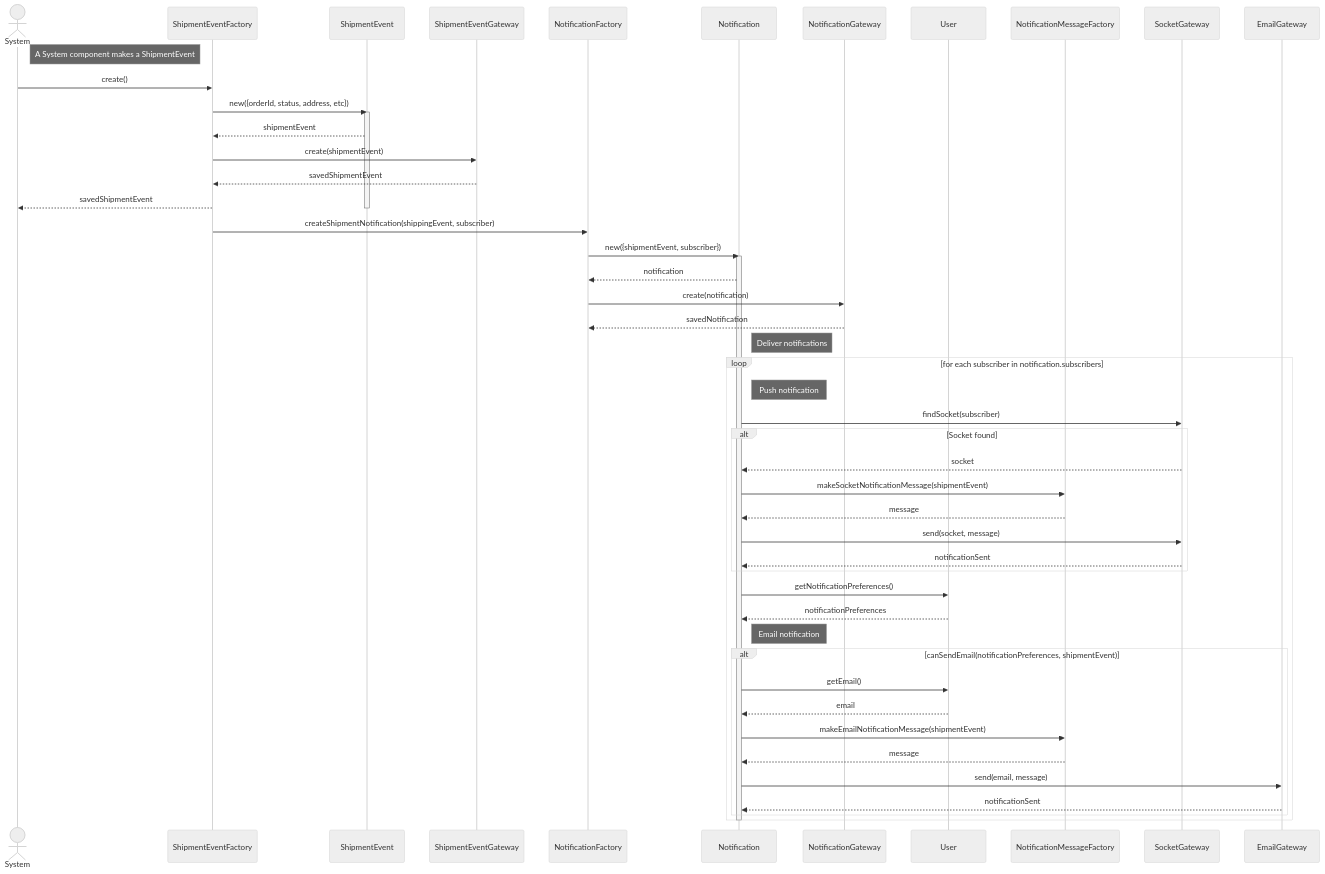
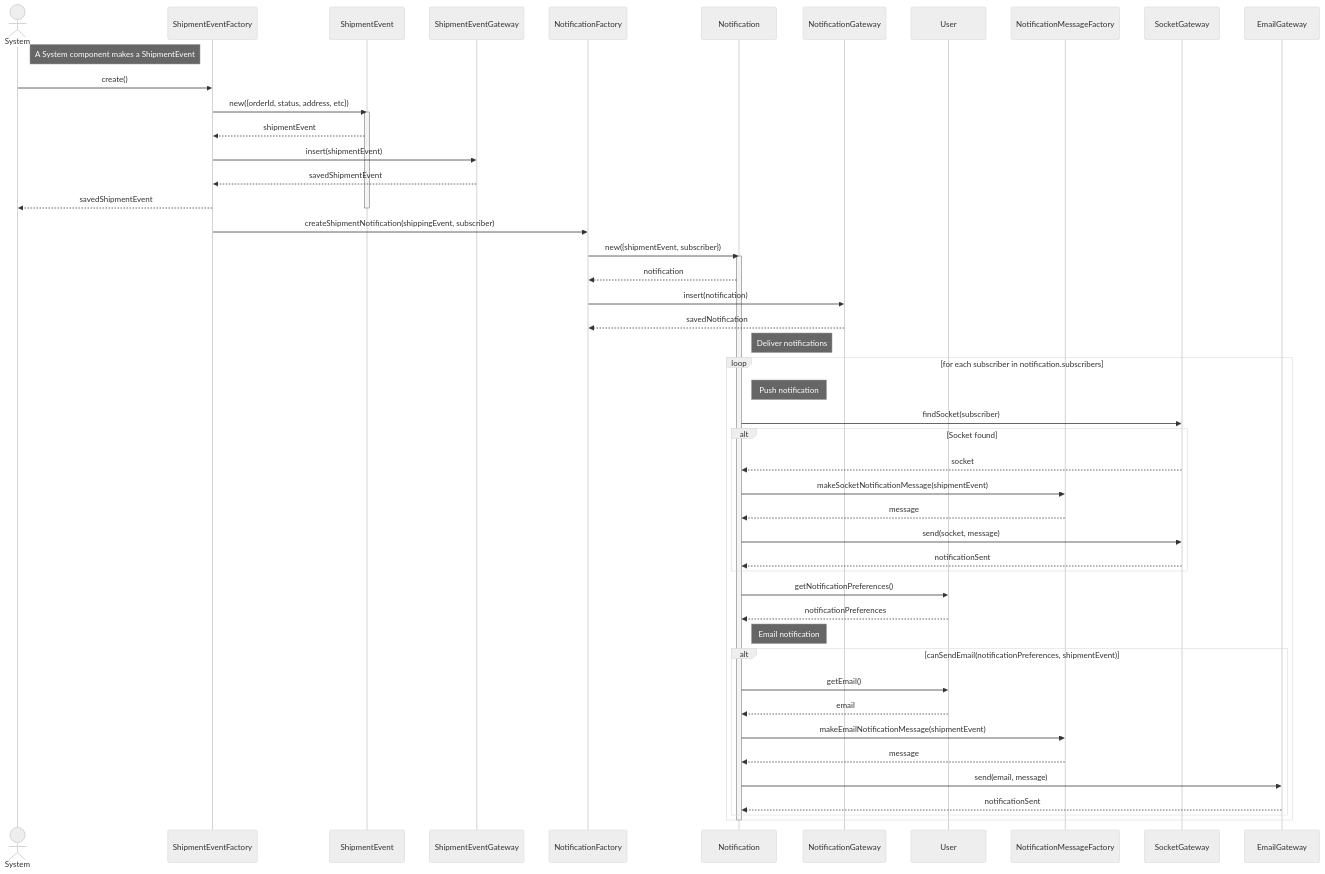
Before and after one commit to hivetown/planning: diagram 17 of 32 in sequence.md, drawn with Mermaid (neutral theme). The commit also changed other lines of this file, not shown here.

````diff
--- a/sequence.md
+++ b/sequence.md
@@ -626,67 +647,68 @@
 ```mermaid
 sequenceDiagram
     actor S as System
     participant SEF as ShipmentEventFactory
     participant SE as ShipmentEvent
     participant SEG as ShipmentEventGateway
     participant NF as NotificationFactory
     participant N as Notification
     participant NFG as NotificationGateway
+    %% TODO we need user
     participant U as User
     participant NMF as NotificationMessageFactory
     # SocketGateway is NOT a data table gateway. It is a facade to the socket server
     participant SG as SocketGateway
     participant EG as EmailGateway
 
     Note right of S: A System component makes a ShipmentEvent
     S ->> SEF: create()
     SEF ->> SE: new({orderId, status, address, etc})
     activate SE
     SE -->> SEF: shipmentEvent
 
-    SEF ->> SEG: create(shipmentEvent)
+    SEF ->> SEG: insert(shipmentEvent)
     SEG -->> SEF: savedShipmentEvent
     SEF -->> S: savedShipmentEvent
     deactivate SE
 
     # TODO confirmar que notificações são criadas doutras formas
     SEF ->> NF: createShipmentNotification(shippingEvent, subscriber)
 
     NF ->> N: new({shipmentEvent, subscriber})
 
     activate N
     N -->> NF: notification
     
-    NF ->> NFG: create(notification)
+    NF ->> NFG: insert(notification)
     NFG -->> NF: savedNotification
     
     Note right of N: Deliver notifications
 
     loop for each subscriber in notification.subscribers
         Note right of N: Push notification
         N ->> SG: findSocket(subscriber)
         alt Socket found
             SG -->> N: socket
             N ->> NMF: makeSocketNotificationMessage(shipmentEvent) # entity, type, emitter, etc
             NMF -->> N: message
             N ->> SG: send(socket, message)
             SG -->> N: notificationSent
         end
 
         # TODO we will allow disabling types of notifications sent through email, so we must check we can send this type of notification
         N ->> U: getNotificationPreferences()
         U -->> N: notificationPreferences
 
         Note right of N: Email notification
         alt canSendEmail(notificationPreferences, shipmentEvent)
             N ->> U: getEmail()
             U -->> N: email
             N ->> NMF: makeEmailNotificationMessage(shipmentEvent)
             NMF -->> N: message
             N ->> EG: send(email, message)
             EG -->> N: notificationSent
         end
     end
 
     deactivate N
 ```
````
